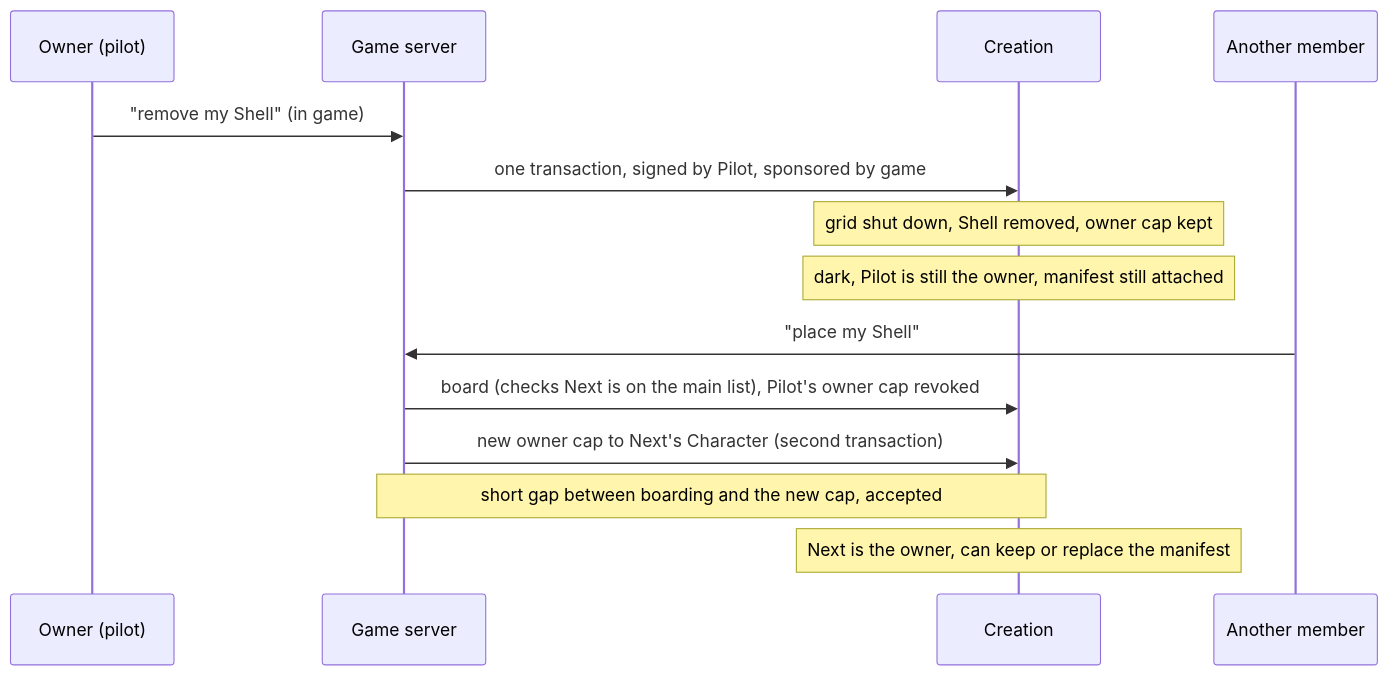
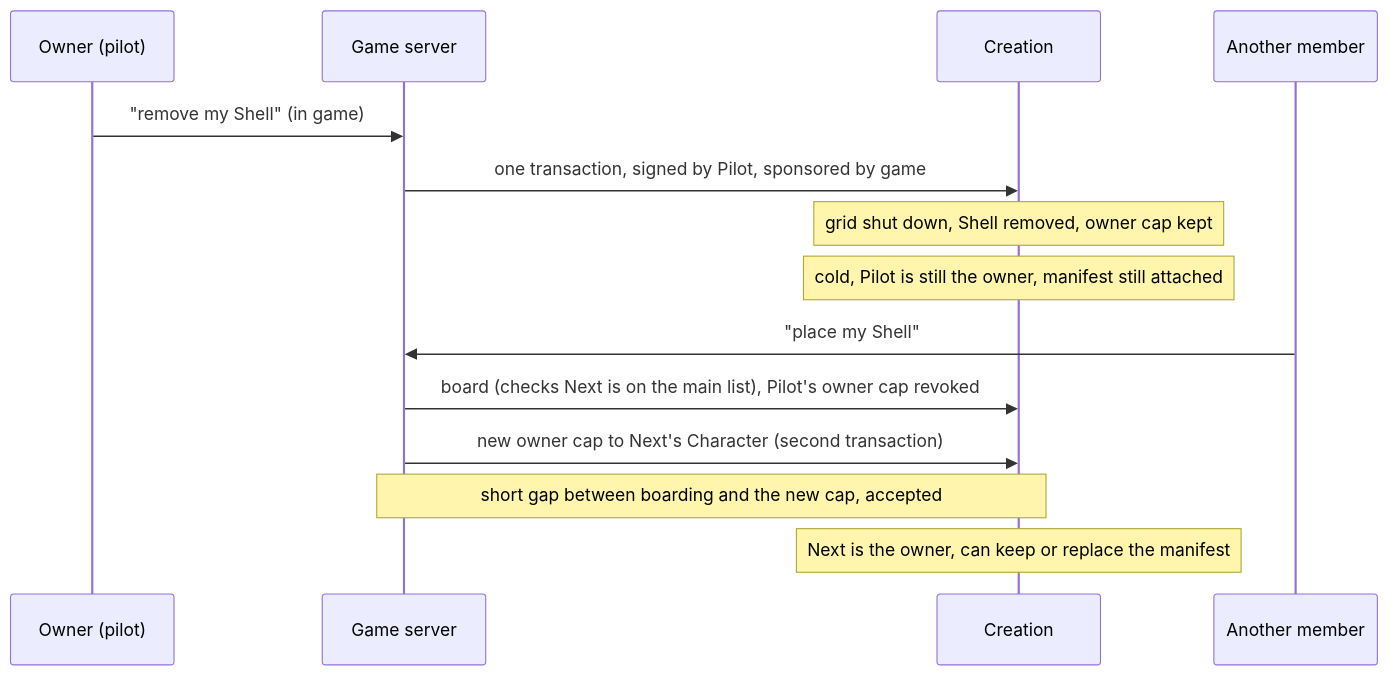
Before and after one commit to evefrontier/world-contracts: the third of 6 diagrams in docs/adr/0007-access-control.md, drawn with Mermaid. The commit also changed other lines of this file, not shown here.

Commit message:
docs(adr): cold vs dark wording and attach by author

````diff
--- a/docs/adr/0007-access-control.md
+++ b/docs/adr/0007-access-control.md
@@ -104,17 +104,17 @@
 ```mermaid
 sequenceDiagram
     participant Pilot as Owner (pilot)
     participant Game as Game server
     participant Chain as Creation
     participant Next as Another member
 
     Pilot->>Game: "remove my Shell" (in game)
     Game->>Chain: one transaction, signed by Pilot, sponsored by game
     Note over Chain: grid shut down, Shell removed, owner cap kept
-    Note over Chain: dark, Pilot is still the owner, manifest still attached
+    Note over Chain: cold, Pilot is still the owner, manifest still attached
     Next->>Game: "place my Shell"
     Game->>Chain: board (checks Next is on the main list), Pilot's owner cap revoked
     Game->>Chain: new owner cap to Next's Character (second transaction)
     Note over Game,Chain: short gap between boarding and the new cap, accepted
     Note over Chain: Next is the owner, can keep or replace the manifest
 ```
````
